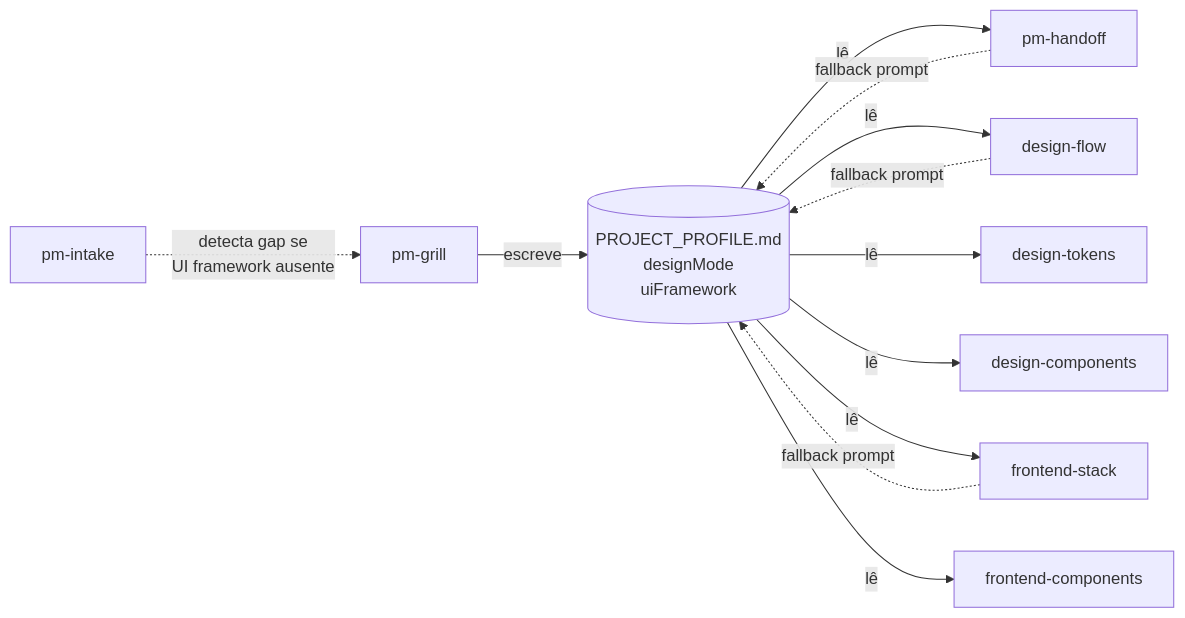
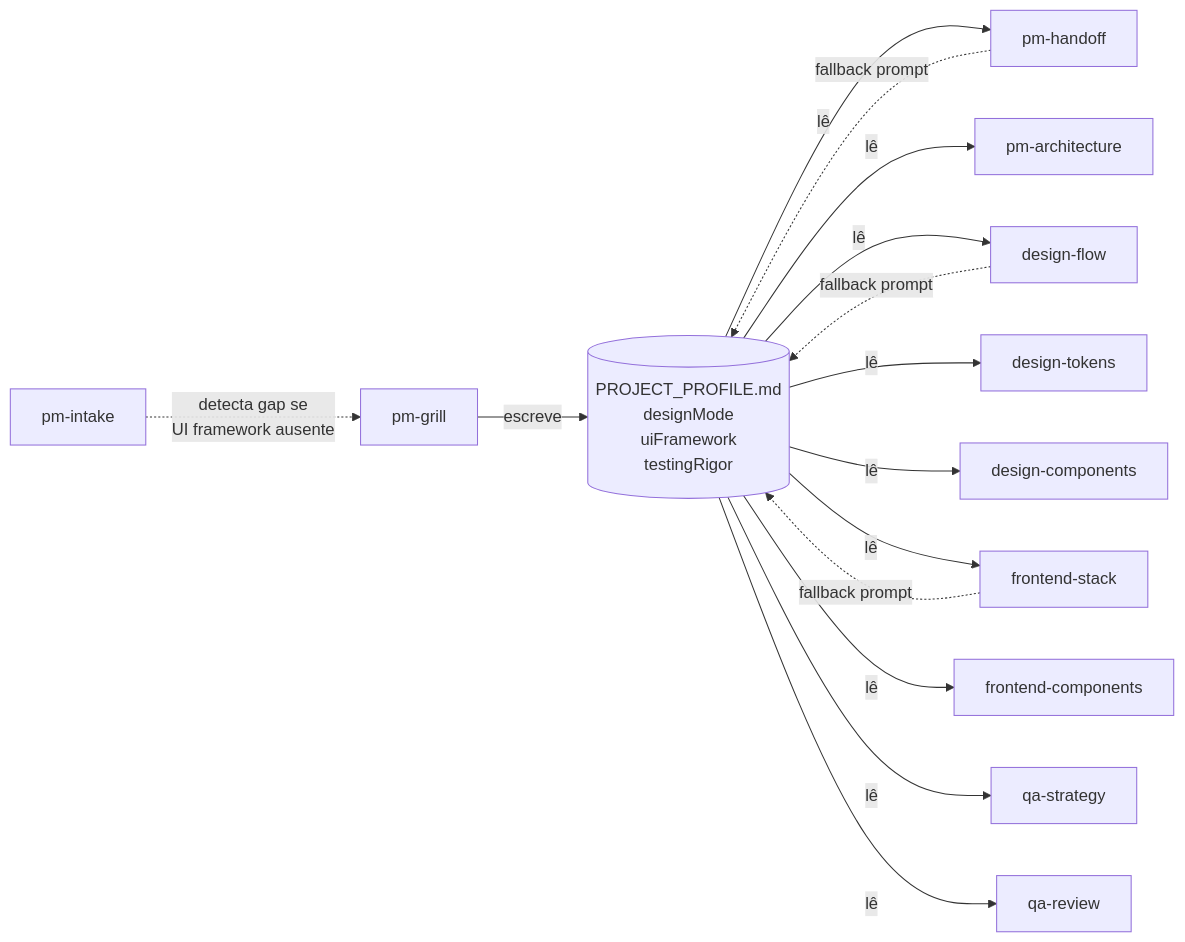
One commit to diegocredidio/project-skills changed the eighth of 8 diagrams in docs/skills-flow.md. Above: the diagram before and after it, drawn with Mermaid. The commit also changed other lines of this file and 1 other file, not shown here.

Commit message:
docs: document qa-flow and testingRigor in README and flow map

````diff
--- a/docs/skills-flow.md
+++ b/docs/skills-flow.md
@@ -124,14 +150,17 @@
 ```mermaid
 flowchart LR
-    PG[pm-grill] -->|escreve| PP[("PROJECT_PROFILE.md<br/>designMode<br/>uiFramework")]
+    PG[pm-grill] -->|escreve| PP[("PROJECT_PROFILE.md<br/>designMode<br/>uiFramework<br/>testingRigor")]
     PI[pm-intake] -.detecta gap se<br/>UI framework ausente.-> PG
     PP -->|lê| PH[pm-handoff]
+    PP -->|lê| PA[pm-architecture]
     PP -->|lê| DF[design-flow]
     PP -->|lê| DT[design-tokens]
     PP -->|lê| DC[design-components]
     PP -->|lê| FS[frontend-stack]
     PP -->|lê| FC[frontend-components]
+    PP -->|lê| QS[qa-strategy]
+    PP -->|lê| QR[qa-review]
     PH -.fallback prompt.-> PP
     DF -.fallback prompt.-> PP
     FS -.fallback prompt.-> PP
 ```
````
